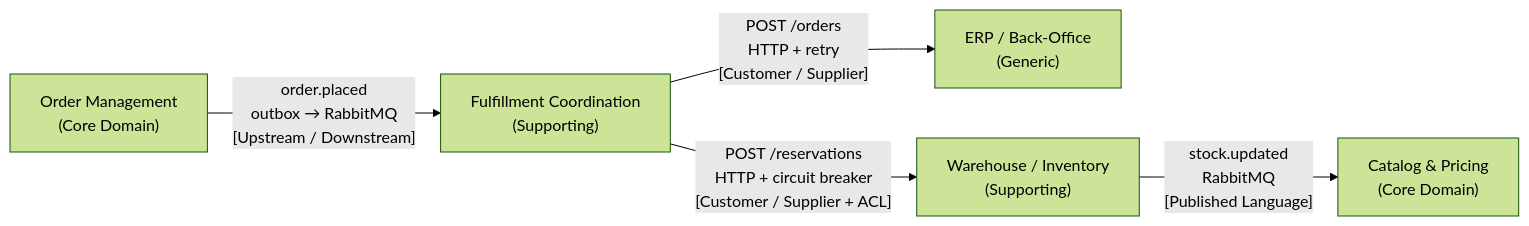
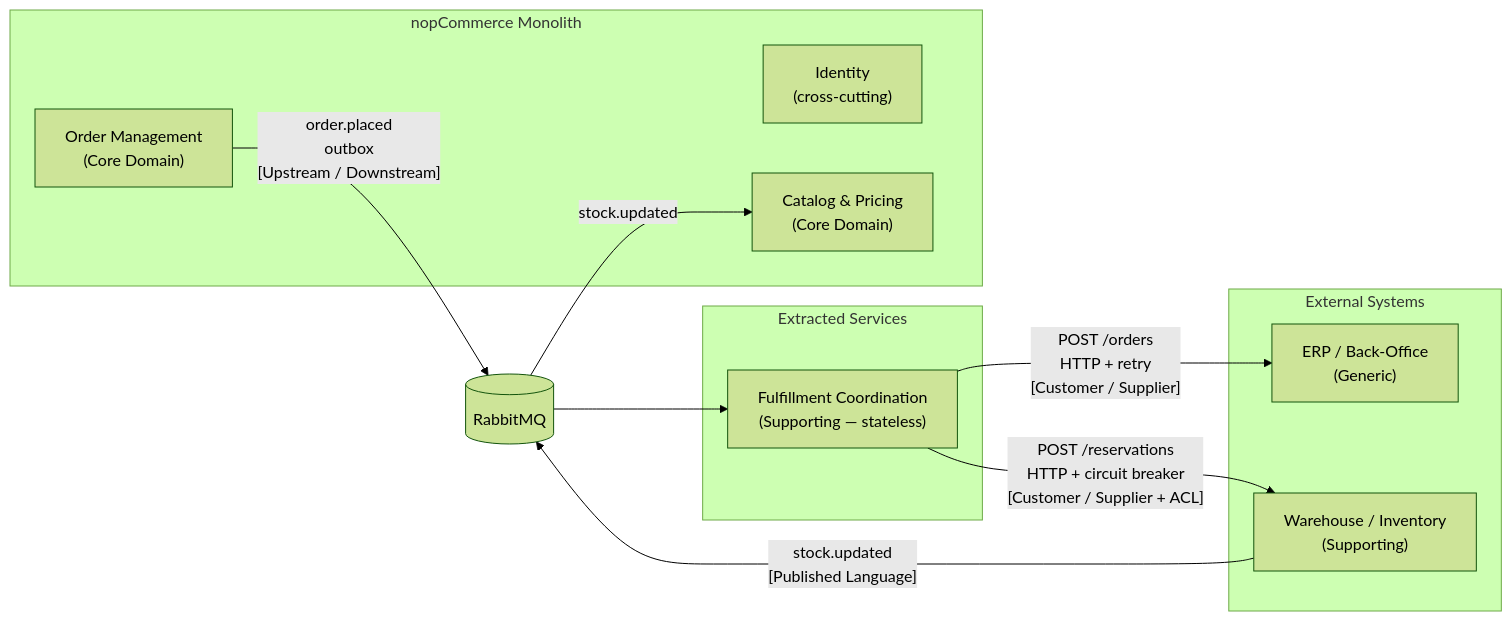
The diagram in docs/architecture/bounded-contexts.md (nopSolutions/nopCommerce), drawn with Mermaid (forest theme) before and after one commit.

Commit message:
docs: Documentation bounded context done

````diff
--- a/docs/architecture/bounded-contexts.md
+++ b/docs/architecture/bounded-contexts.md
@@ -48,13 +48,26 @@
 ```mermaid
 flowchart LR
-    OM["Order Management <br> (Core Domain)"]
-    CP["Catalog & Pricing <br> (Core Domain)"]
-    FC["Fulfillment Coordination <br> (Supporting)"]
-    ERP["ERP / Back-Office <br> (Generic)"]
-    WMS["Warehouse / Inventory <br> (Supporting)"]
+    subgraph NOP["nopCommerce Monolith"]
+        ID["Identity <br/>(cross-cutting)"]
+        OM["Order Management <br/>(Core Domain)"]
+        CP["Catalog & Pricing <br/>(Core Domain)"]
+    end
 
-    OM -->|"order.placed <br> outbox → RabbitMQ <br> [Upstream / Downstream]"| FC
-    FC -->|"POST /orders <br> HTTP + retry <br> [Customer / Supplier]"| ERP
-    FC -->|"POST /reservations <br> HTTP + circuit breaker <br> [Customer / Supplier + ACL]"| WMS
-    WMS -->|"stock.updated <br> RabbitMQ <br> [Published Language]"| CP
+    RMQ[("RabbitMQ")]
+
+    subgraph EXTRACTED["Extracted Services"]
+        FC["Fulfillment Coordination <br/>(Supporting — stateless)"]
+    end
+
+    subgraph EXTERNAL["External Systems"]
+        ERP["ERP / Back-Office <br/>(Generic)"]
+        WMS["Warehouse / Inventory <br/>(Supporting)"]
+    end
+
+    OM -->|"order.placed <br/> outbox <br/> [Upstream / Downstream]"| RMQ
+    RMQ --> FC
+    FC -->|"POST /orders <br/> HTTP + retry <br/> [Customer / Supplier]"| ERP
+    FC -->|"POST /reservations <br/> HTTP + circuit breaker <br/> [Customer / Supplier + ACL]"| WMS
+    WMS -->|"stock.updated <br/> [Published Language]"| RMQ
+    RMQ -->|"stock.updated"| CP
 ```
````
